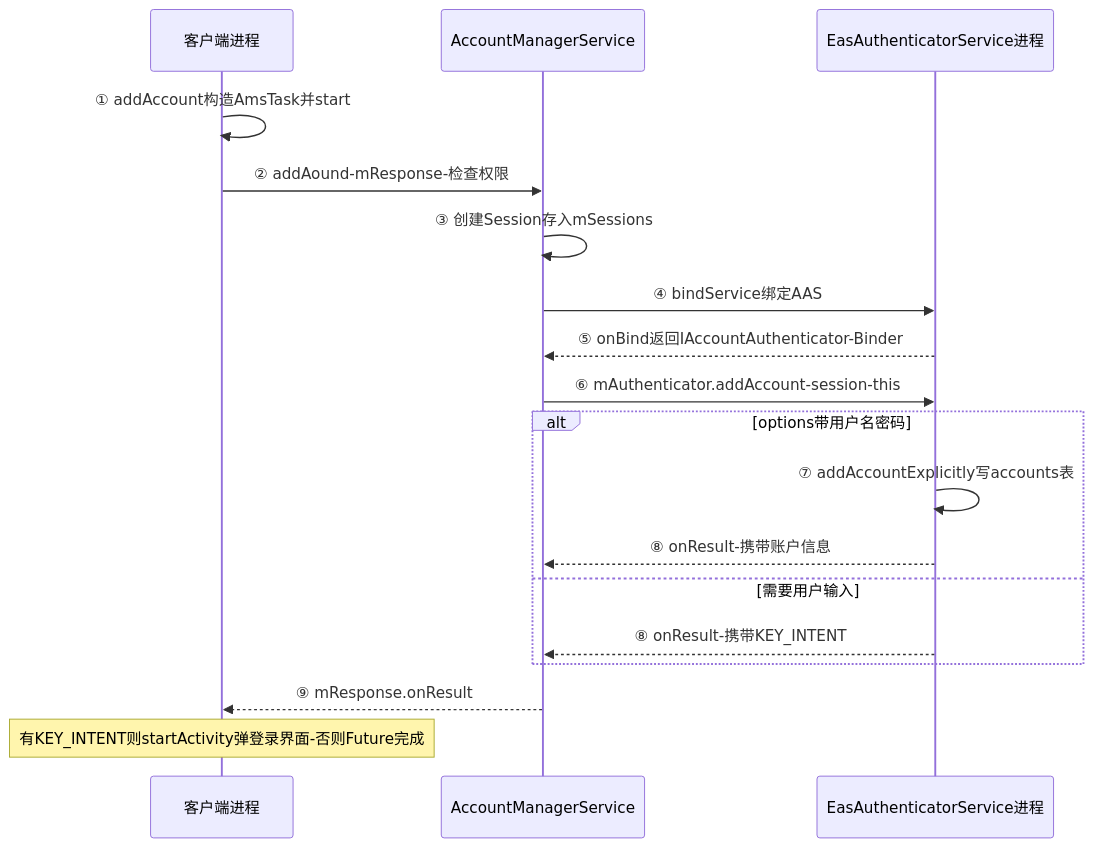
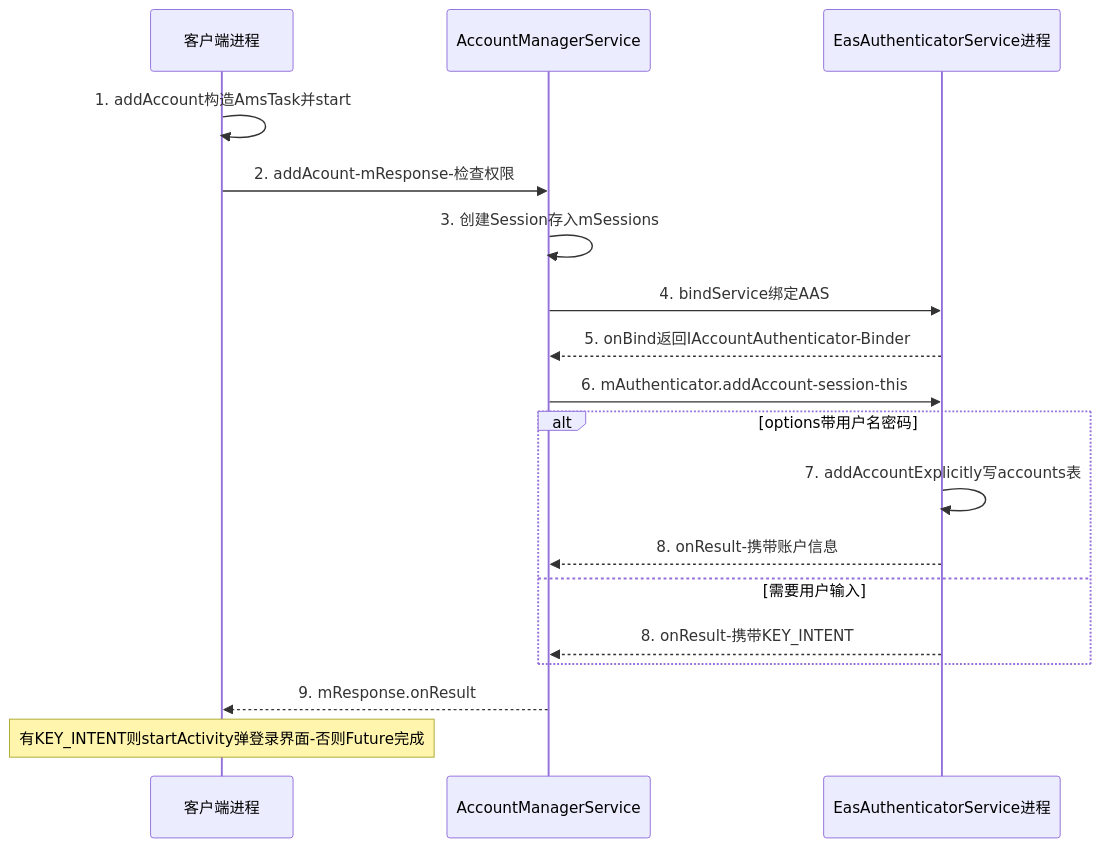
The seventh of 10 diagrams in Android/深入理解Android卷II/07-深入理解ContentService和AccountManagerService.md (coswit/coswit.github.io), drawn with Mermaid before and after one commit. The commit also changed other lines of this file and 15 other files, not shown here.

````diff
--- a/Android/深入理解Android卷II/07-深入理解ContentService和AccountManagerService.md
+++ b/Android/深入理解Android卷II/07-深入理解ContentService和AccountManagerService.md
@@ -860,20 +864,20 @@
 ```mermaid
 sequenceDiagram
     participant App as 客户端进程
     participant AMSvc as AccountManagerService
     participant AAS as EasAuthenticatorService进程
-    App->>App: ① addAccount构造AmsTask并start
-    App->>AMSvc: ② addAound-mResponse-检查权限
-    AMSvc->>AMSvc: ③ 创建Session存入mSessions
-    AMSvc->>AAS: ④ bindService绑定AAS
-    AAS-->>AMSvc: ⑤ onBind返回IAccountAuthenticator-Binder
-    AMSvc->>AAS: ⑥ mAuthenticator.addAccount-session-this
+    App->>App: 1. addAccount构造AmsTask并start
+    App->>AMSvc: 2. addAcount-mResponse-检查权限
+    AMSvc->>AMSvc: 3. 创建Session存入mSessions
+    AMSvc->>AAS: 4. bindService绑定AAS
+    AAS-->>AMSvc: 5. onBind返回IAccountAuthenticator-Binder
+    AMSvc->>AAS: 6. mAuthenticator.addAccount-session-this
     alt options带用户名密码
-        AAS->>AAS: ⑦ addAccountExplicitly写accounts表
-        AAS-->>AMSvc: ⑧ onResult-携带账户信息
+        AAS->>AAS: 7. addAccountExplicitly写accounts表
+        AAS-->>AMSvc: 8. onResult-携带账户信息
     else 需要用户输入
-        AAS-->>AMSvc: ⑧ onResult-携带KEY_INTENT
+        AAS-->>AMSvc: 8. onResult-携带KEY_INTENT
     end
-    AMSvc-->>App: ⑨ mResponse.onResult
+    AMSvc-->>App: 9. mResponse.onResult
     Note over App: 有KEY_INTENT则startActivity弹登录界面-否则Future完成
 ```
````
